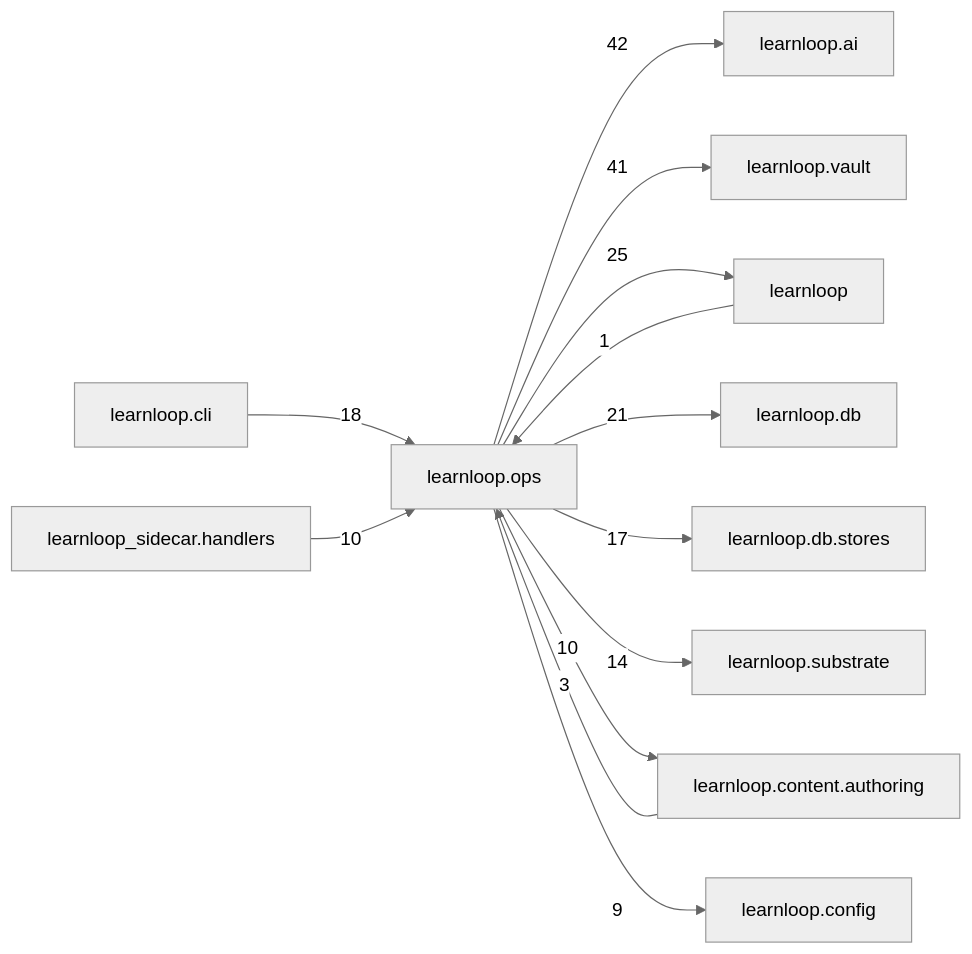
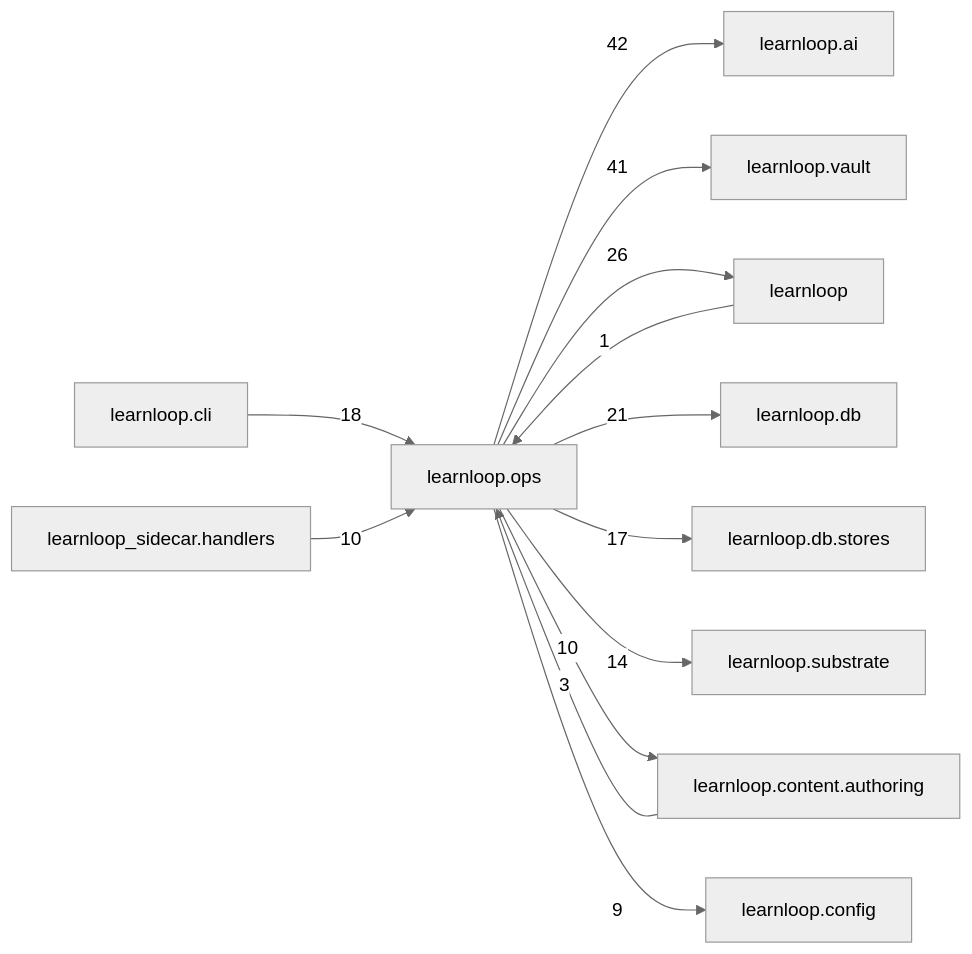
Before and after one commit to 6up-b/learnanything: the diagram in docs/learnloop-architecture-vault/Reference/Modules/learnloop/ops/_package.md, drawn with Mermaid (neutral theme). The commit also changed other lines of this file and 61 other files, not shown here.

````diff
--- a/docs/learnloop-architecture-vault/Reference/Modules/learnloop/ops/_package.md
+++ b/docs/learnloop-architecture-vault/Reference/Modules/learnloop/ops/_package.md
@@ -149,26 +149,26 @@
 ```mermaid
 flowchart LR
     center["learnloop.ops"]
     n_learnloop_ai["learnloop.ai"]
     n_learnloop_vault["learnloop.vault"]
     n_learnloop["learnloop"]
     n_learnloop_db["learnloop.db"]
     n_learnloop_cli["learnloop.cli"]
     n_learnloop_db_stores["learnloop.db.stores"]
     n_learnloop_substrate["learnloop.substrate"]
     n_learnloop_content_authoring["learnloop.content.authoring"]
     n_learnloop_sidecar_handlers["learnloop_sidecar.handlers"]
     n_learnloop_config["learnloop.config"]
     center -->|42| n_learnloop_ai
     center -->|41| n_learnloop_vault
     n_learnloop -->|1| center
-    center -->|25| n_learnloop
+    center -->|26| n_learnloop
     center -->|21| n_learnloop_db
     n_learnloop_cli -->|18| center
     center -->|17| n_learnloop_db_stores
     center -->|14| n_learnloop_substrate
     n_learnloop_content_authoring -->|3| center
     center -->|10| n_learnloop_content_authoring
     n_learnloop_sidecar_handlers -->|10| center
     center -->|9| n_learnloop_config
 ```
````
